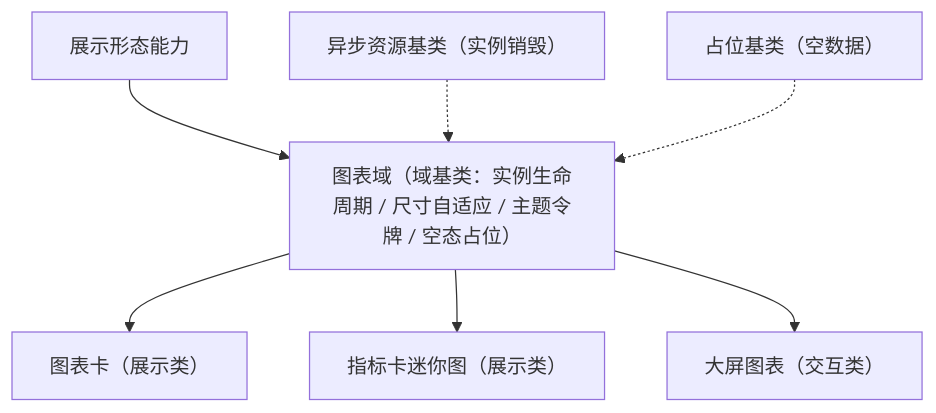
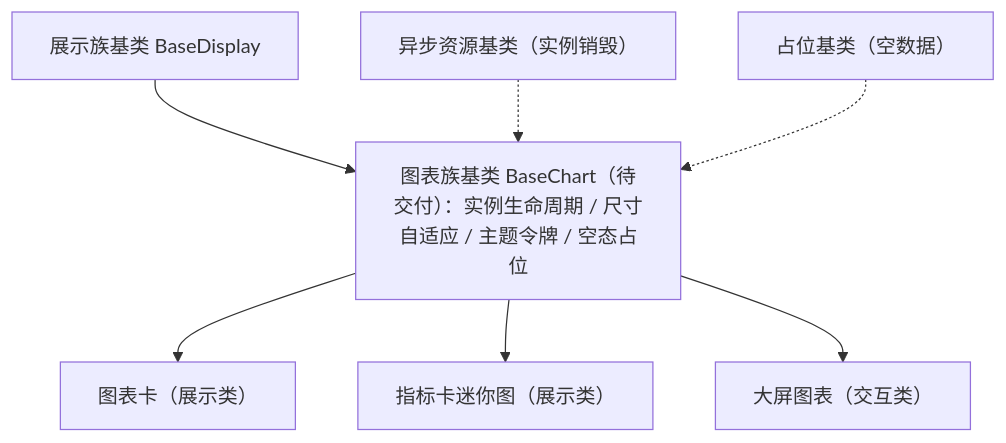
Before and after one commit to minjian123/basic-management-system: the diagram in bms文档/设计/组件设计/02_基础组件类/03_域基类/04_组件设计_图表域基类/04_组件设计_图表域基类.md, drawn with Mermaid. The commit also changed other lines of this file and 126 other files, not shown here.

````diff
--- a/bms文档/设计/组件设计/02_基础组件类/03_域基类/04_组件设计_图表域基类/04_组件设计_图表域基类.md
+++ b/bms文档/设计/组件设计/02_基础组件类/03_域基类/04_组件设计_图表域基类/04_组件设计_图表域基类.md
@@ -16,9 +16,9 @@
 ```mermaid
 flowchart TD
-    B["图表域（域基类：实例生命周期 / 尺寸自适应 / 主题令牌 / 空态占位）"] --> C1["图表卡（展示类）"]
+    B["图表族基类 BaseChart（待交付）：实例生命周期 / 尺寸自适应 / 主题令牌 / 空态占位"] --> C1["图表卡（展示类）"]
     B --> C2["指标卡迷你图（展示类）"]
     B --> C3["大屏图表（交互类）"]
-    DF["展示形态能力"] --> B
+    DF["展示族基类 BaseDisplay"] --> B
     AR["异步资源基类（实例销毁）"] -.-> B
     PH["占位基类（空数据）"] -.-> B
 ```
````
